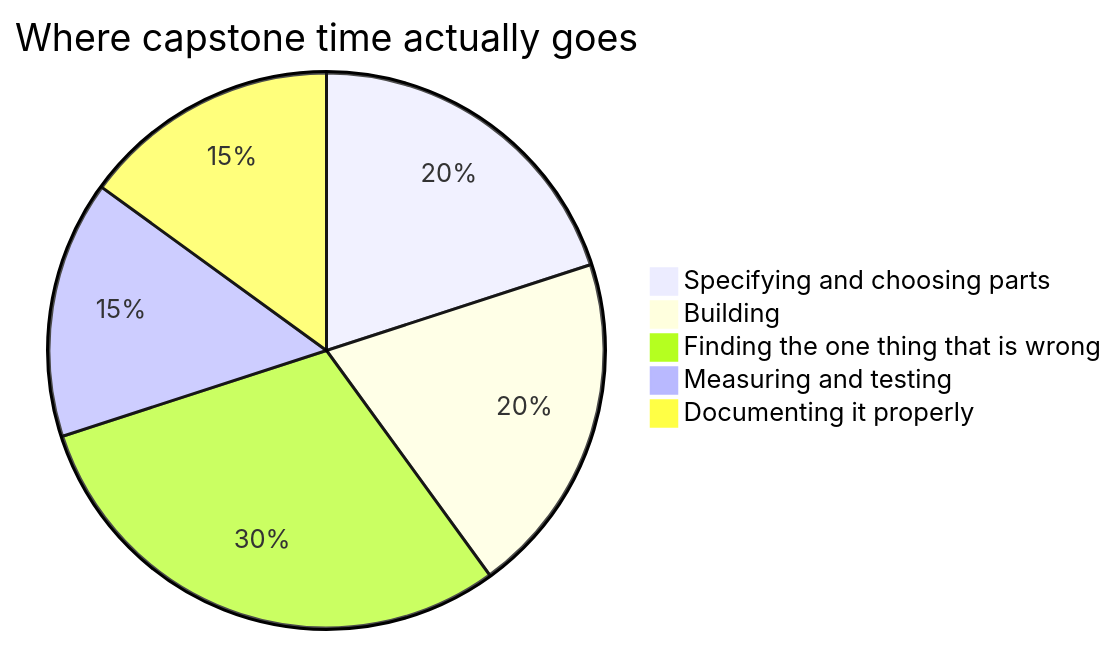
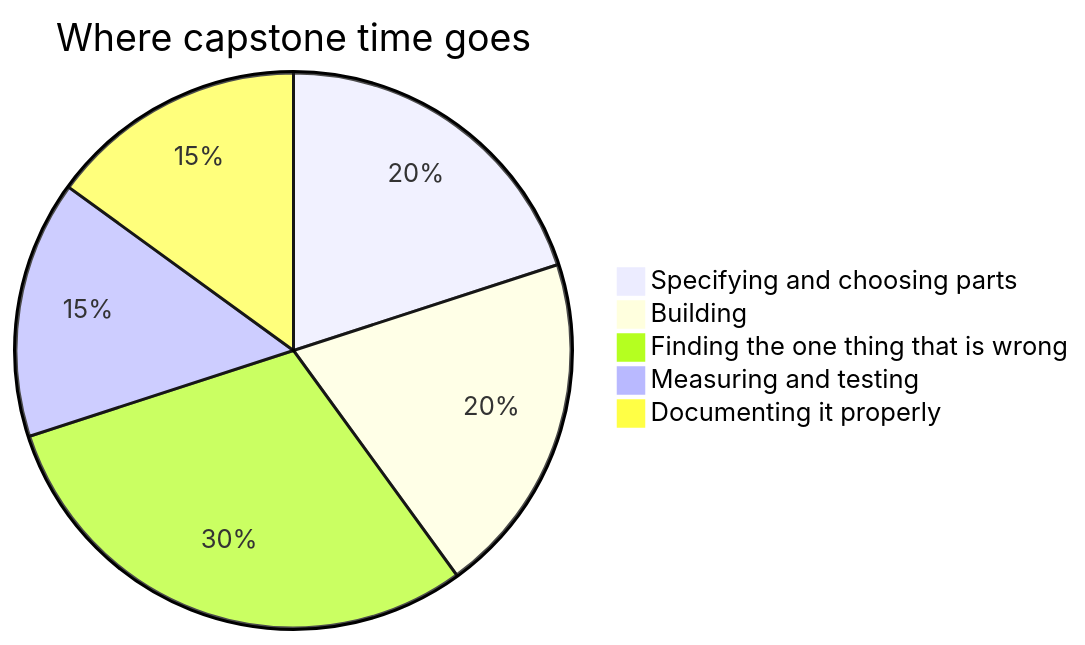
The second of 3 diagrams in support/example_content/TEJ4M/shared/Style/What This Site Can Do.md (russellgordon/containerized-quartz-for-teachers), drawn with Mermaid before and after one commit. The commit also changed 31 other files, not shown here.

First line of the commit message:
Pie titles fit the chart mermaid actually draws

````diff
--- a/support/example_content/TEJ4M/shared/Style/What This Site Can Do.md
+++ b/support/example_content/TEJ4M/shared/Style/What This Site Can Do.md
@@ -216,8 +216,8 @@
 ```mermaid
-pie title Where capstone time actually goes
+pie title Where capstone time goes
     "Specifying and choosing parts" : 20
     "Building" : 20
     "Finding the one thing that is wrong" : 30
     "Measuring and testing" : 15
     "Documenting it properly" : 15
 ```
````
